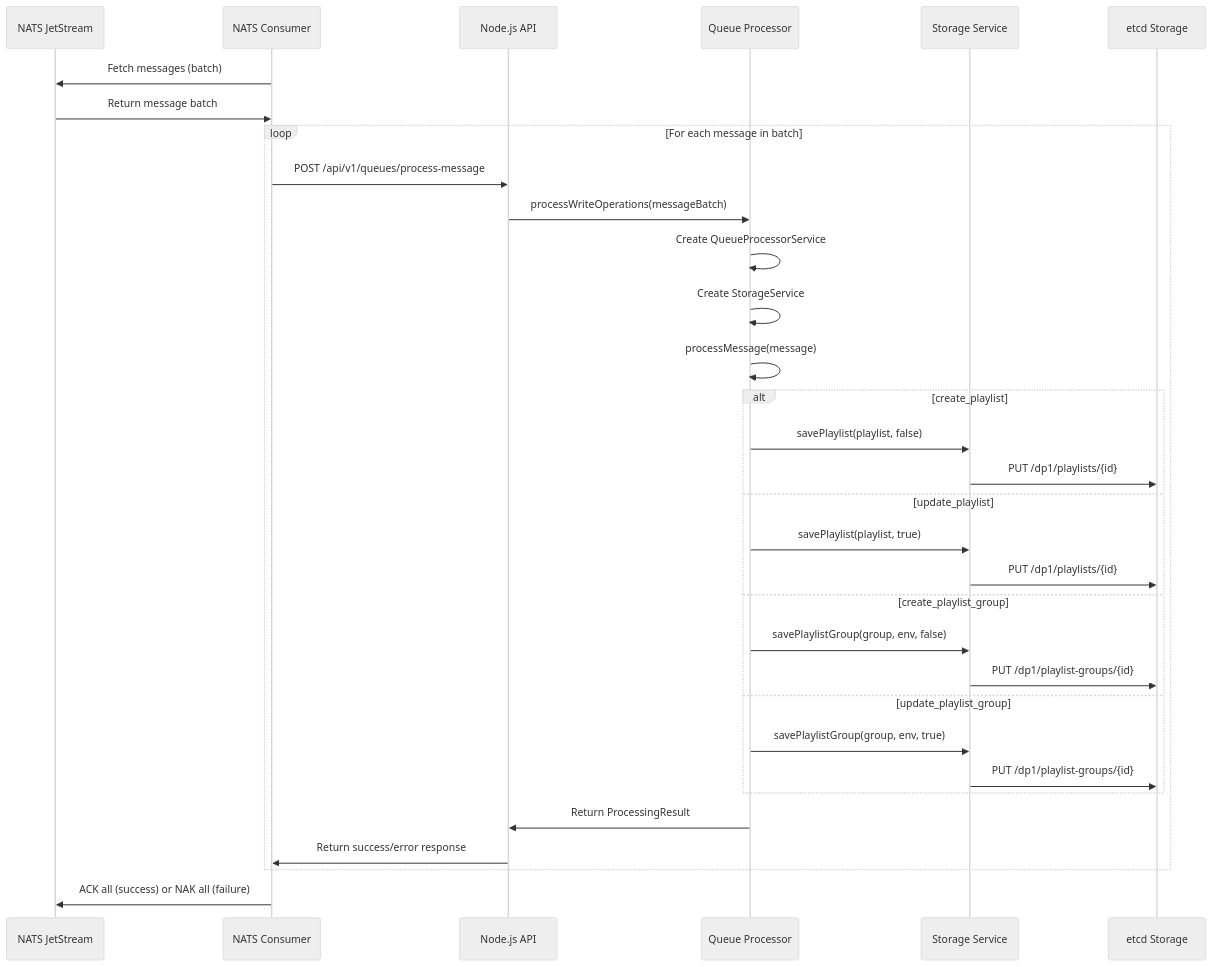
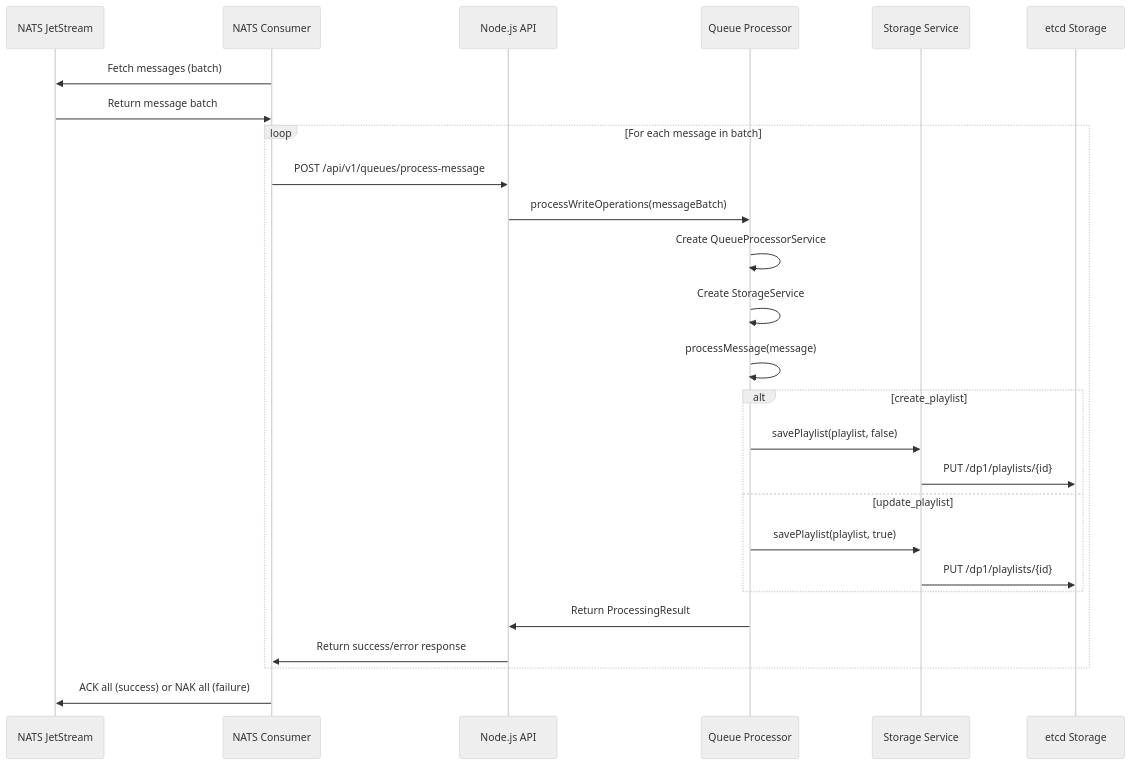
One commit to feral-file/dp1-feed changed the fourth of 6 diagrams in DIAGRAM.md. Above: the diagram before and after it, drawn with Mermaid (neutral theme). The commit also changed other lines of this file and 32 other files, not shown here.

Commit message:
remove playlist group entity

````diff
--- a/DIAGRAM.md
+++ b/DIAGRAM.md
@@ -182,41 +170,35 @@
 ```mermaid
 sequenceDiagram
     participant NATS_JS as NATS JetStream
     participant Consumer as NATS Consumer
     participant Node_API as Node.js API
     participant Processor as Queue Processor
     participant Storage as Storage Service
     participant ETCD as etcd Storage
 
     Consumer->>NATS_JS: Fetch messages (batch)
     NATS_JS->>Consumer: Return message batch
 
     loop For each message in batch
         Consumer->>Node_API: POST /api/v1/queues/process-message
         Node_API->>Processor: processWriteOperations(messageBatch)
 
         Processor->>Processor: Create QueueProcessorService
         Processor->>Processor: Create StorageService
 
         Processor->>Processor: processMessage(message)
 
         alt create_playlist
             Processor->>Storage: savePlaylist(playlist, false)
             Storage->>ETCD: PUT /dp1/playlists/{id}
         else update_playlist
             Processor->>Storage: savePlaylist(playlist, true)
             Storage->>ETCD: PUT /dp1/playlists/{id}
-        else create_playlist_group
-            Processor->>Storage: savePlaylistGroup(group, env, false)
-            Storage->>ETCD: PUT /dp1/playlist-groups/{id}
-        else update_playlist_group
-            Processor->>Storage: savePlaylistGroup(group, env, true)
-            Storage->>ETCD: PUT /dp1/playlist-groups/{id}
         end
 
         Processor->>Node_API: Return ProcessingResult
         Node_API->>Consumer: Return success/error response
     end
 
     Consumer->>NATS_JS: ACK all (success) or NAK all (failure)
 ```
````
